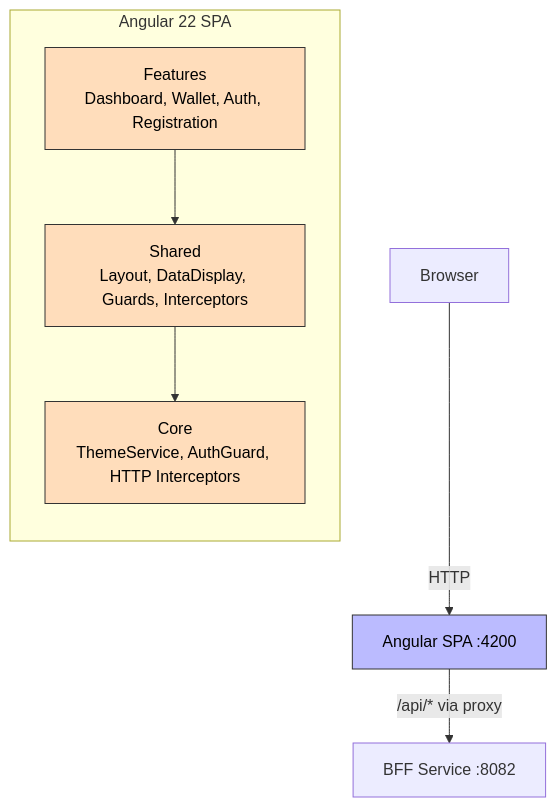
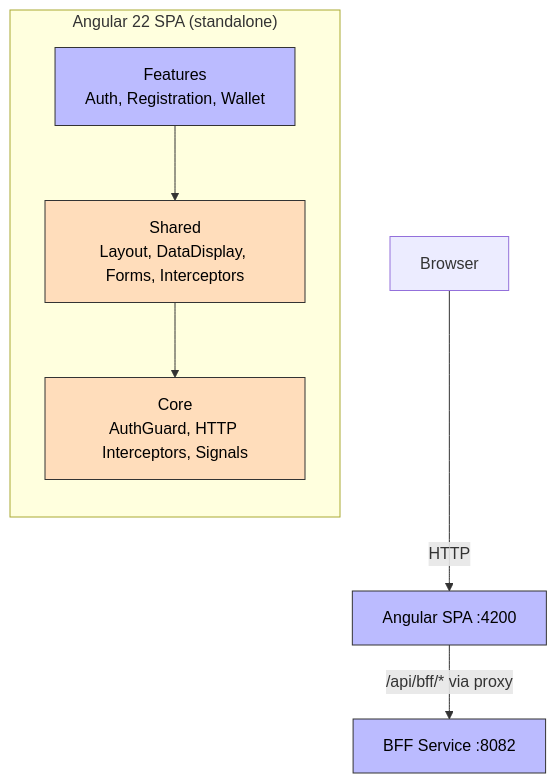
One commit to AlexAlvarezGallardo-GitHub/Aegis changed the first of 2 diagrams in docs/obsidian/01 - Services/Frontend.md. Above: the diagram before and after it, drawn with Mermaid. The commit also changed other lines of this file and 87 other files, not shown here.

````diff
--- a/docs/obsidian/01 - Services/Frontend.md
+++ b/docs/obsidian/01 - Services/Frontend.md
@@ -14,16 +14,17 @@
 ```mermaid
 graph TB
-    subgraph "Angular 22 SPA"
+    subgraph "Angular 22 SPA (standalone)"
         direction TB
-        Features["Features<br/>Dashboard, Wallet, Auth, Registration"]
-        Shared["Shared<br/>Layout, DataDisplay, Guards, Interceptors"]
-        Core["Core<br/>ThemeService, AuthGuard, HTTP Interceptors"]
+        Features["Features<br/>Auth, Registration, Wallet"]
+        Shared["Shared<br/>Layout, DataDisplay, Forms, Interceptors"]
+        Core["Core<br/>AuthGuard, HTTP Interceptors, Signals"]
         Features --> Shared --> Core
     end
     Browser["Browser"] -->|HTTP| Angular["Angular SPA :4200"]
-    Angular -->|/api/* via proxy| BFF["BFF Service :8082"]
+    Angular -->|/api/bff/* via proxy| BFF["BFF Service :8082"]
     style Angular fill:#bbf,stroke:#333,color:#000
-    style Features fill:#fdb,stroke:#333,color:#000
+    style BFF fill:#bbf,stroke:#333,color:#000
+    style Features fill:#bbf,stroke:#333,color:#000
     style Shared fill:#fdb,stroke:#333,color:#000
     style Core fill:#fdb,stroke:#333,color:#000
 ```
````
